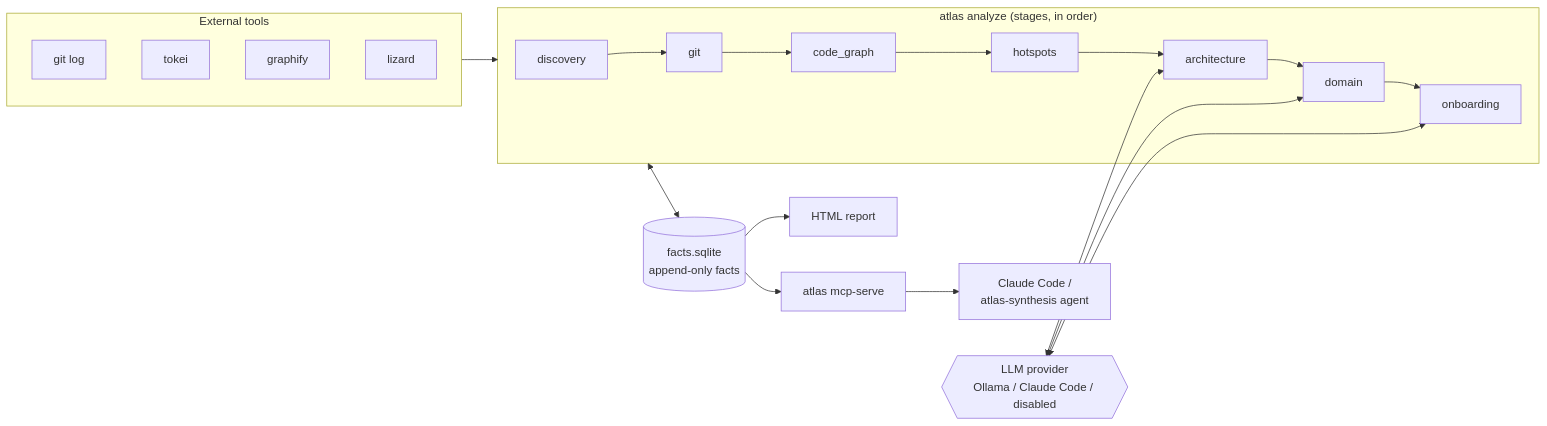
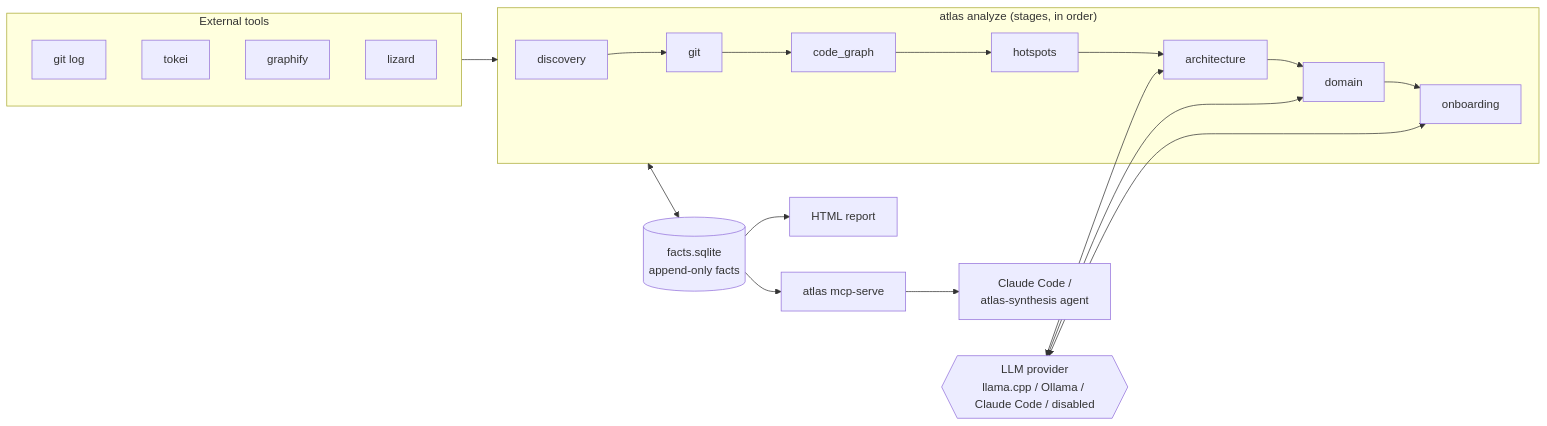
Before and after one commit to z-famelart/atlas: the diagram in docs/architecture.md, drawn with Mermaid. The commit also changed other lines of this file and 7 other files, not shown here.

Commit message:
feat(llm): make llama.cpp the default provider and fix Rich progress wrapping

````diff
--- a/docs/architecture.md
+++ b/docs/architecture.md
@@ -22,18 +22,18 @@
 ```mermaid
 flowchart LR
     subgraph tools[External tools]
         git[git log]
         tokei[tokei]
         graphify[graphify]
         lizard[lizard]
     end
     subgraph pipeline["atlas analyze (stages, in order)"]
         d[discovery] --> g[git] --> cg[code_graph] --> h[hotspots]
         h --> a[architecture] --> dom[domain] --> o[onboarding]
     end
     tools --> pipeline
     pipeline <--> store[(facts.sqlite<br/>append-only facts)]
-    llm{{LLM provider<br/>Ollama / Claude Code / disabled}} <--> a & dom & o
+    llm{{LLM provider<br/>llama.cpp / Ollama / Claude Code / disabled}} <--> a & dom & o
     store --> report[HTML report]
     store --> mcp[atlas mcp-serve] --> agent[Claude Code /<br/>atlas-synthesis agent]
 ```
````
